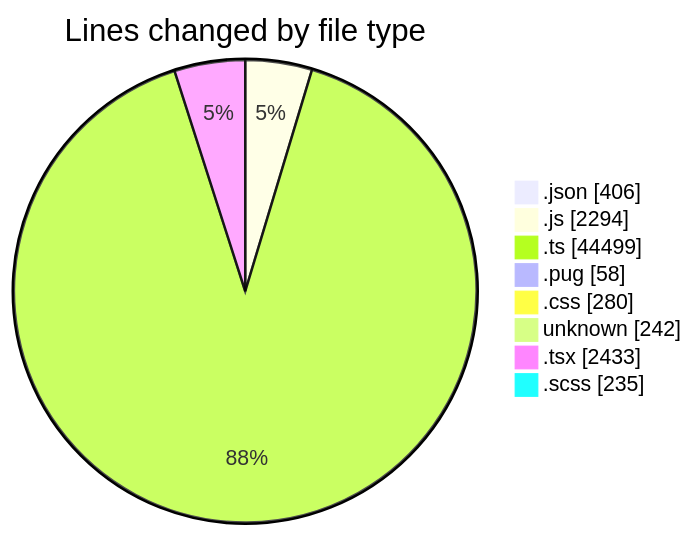
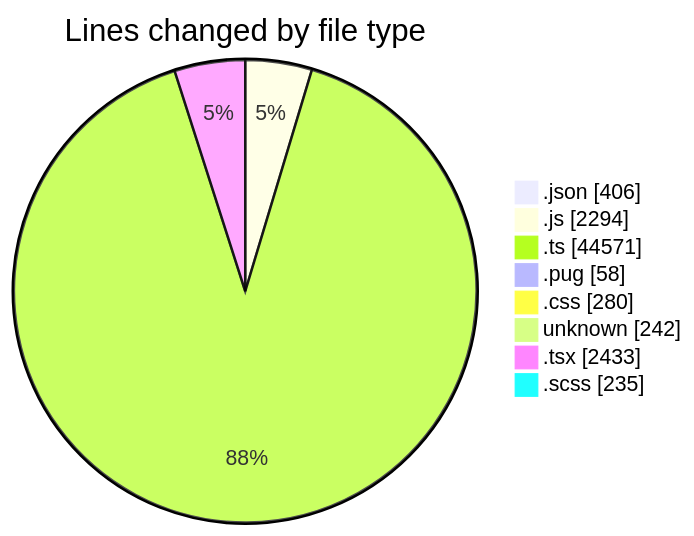
The first of 2 diagrams in 2026-06-02/cda/README.md (momahboobian/code-tracking), drawn with Mermaid before and after one commit. The commit also changed other lines of this file and 1 other file, not shown here.

````diff
--- a/2026-06-02/cda/README.md
+++ b/2026-06-02/cda/README.md
@@ -69,12 +69,12 @@
 ```mermaid
 pie showData
 title Lines changed by file type
 ".json" : 406
 ".js" : 2294
-".ts" : 44499
+".ts" : 44571
 ".pug" : 58
 ".css" : 280
 "unknown" : 242
 ".tsx" : 2433
 ".scss" : 235
 ```
````
